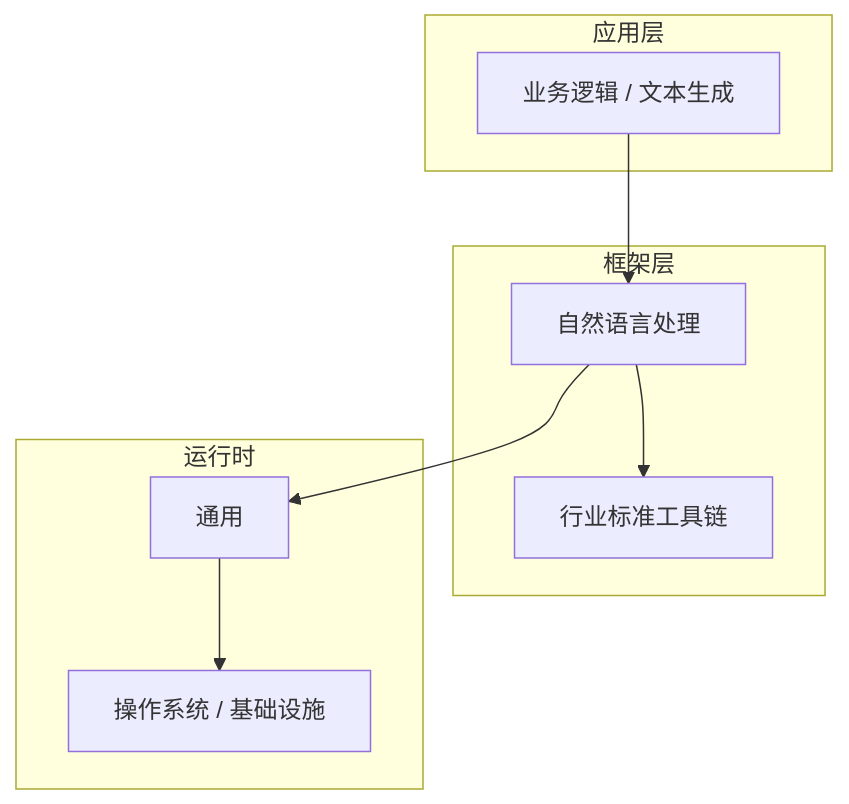
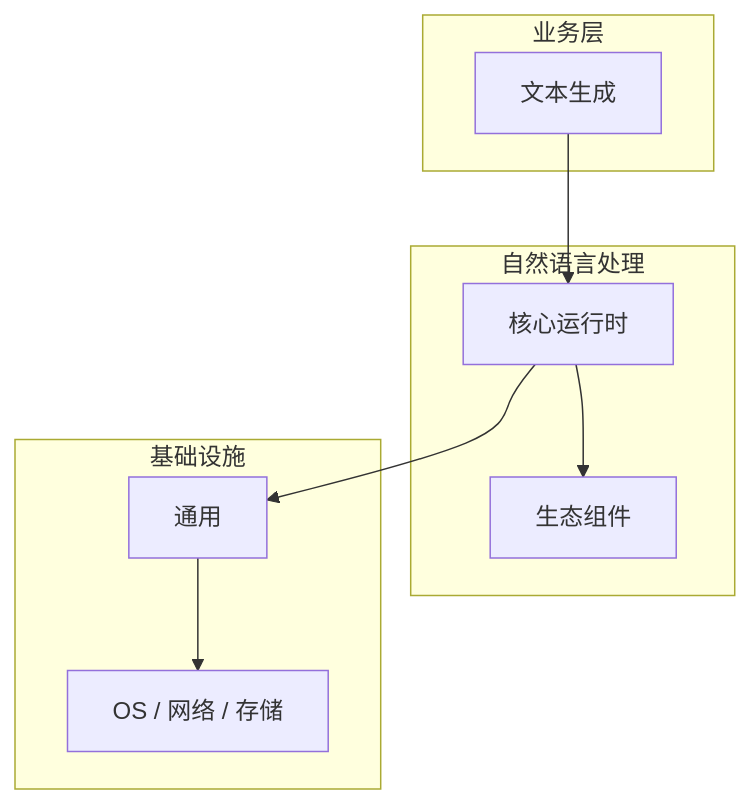
Before and after one commit to yanggan2015/knowledge-json-v2: the diagram in articles/自然语言处理/chapters/071-文本生成核心概念与原理.md, drawn with Mermaid. The commit also changed other lines of this file and 10127 other files, not shown here.

````diff
--- a/articles/自然语言处理/chapters/071-文本生成核心概念与原理.md
+++ b/articles/自然语言处理/chapters/071-文本生成核心概念与原理.md
@@ -45,18 +30,18 @@
 ```mermaid
 graph TB
-    subgraph 应用层
-        A[业务逻辑 / 文本生成]
+    subgraph 业务层
+        A[文本生成]
     end
-    subgraph 框架层
-        B[自然语言处理]
-        C[行业标准工具链]
+    subgraph 自然语言处理
+        B[核心运行时]
+        C[生态组件]
     end
-    subgraph 运行时
+    subgraph 基础设施
         D[通用]
-        E[操作系统 / 基础设施]
+        E[OS / 网络 / 存储]
     end
     A --> B
     B --> C
     B --> D
     D --> E
 ```
````
